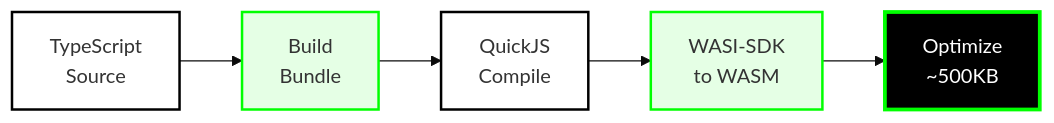
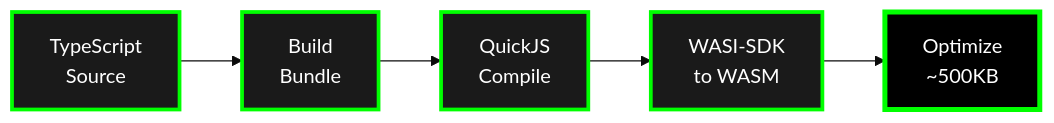
The first of 2 diagrams in docs/builder-directory/js-sdk-guide.md (calimero-network/docs), drawn with Mermaid (base theme) before and after one commit. The commit also changed other lines of this file and 5 other files, not shown here.

First line of the commit message:
fix: Update all remaining graphs to dark backgrounds with green borders

````diff
--- a/docs/builder-directory/js-sdk-guide.md
+++ b/docs/builder-directory/js-sdk-guide.md
@@ -25,13 +25,13 @@
 ```mermaid
 flowchart LR
     TS[TypeScript<br/>Source] --> BUILD[Build<br/>Bundle]
     BUILD --> QJS[QuickJS<br/>Compile]
     QJS --> WASM[WASI-SDK<br/>to WASM]
     WASM --> OPT[Optimize<br/>~500KB]
     
-    style TS fill:#ffffff,stroke:#000000,stroke-width:2px
-    style BUILD fill:#e5ffe5,stroke:#00ff00,stroke-width:2px
-    style QJS fill:#ffffff,stroke:#000000,stroke-width:2px
-    style WASM fill:#e5ffe5,stroke:#00ff00,stroke-width:2px
-    style OPT fill:#000000,stroke:#00ff00,stroke-width:3px,color:#ffffff
+    style TS fill:#1a1a1a,stroke:#00ff00,stroke-width:3px,color:#ffffff
+    style BUILD fill:#1a1a1a,stroke:#00ff00,stroke-width:3px,color:#ffffff
+    style QJS fill:#1a1a1a,stroke:#00ff00,stroke-width:3px,color:#ffffff
+    style WASM fill:#1a1a1a,stroke:#00ff00,stroke-width:3px,color:#ffffff
+    style OPT fill:#000000,stroke:#00ff00,stroke-width:4px,color:#ffffff
 ```
````
